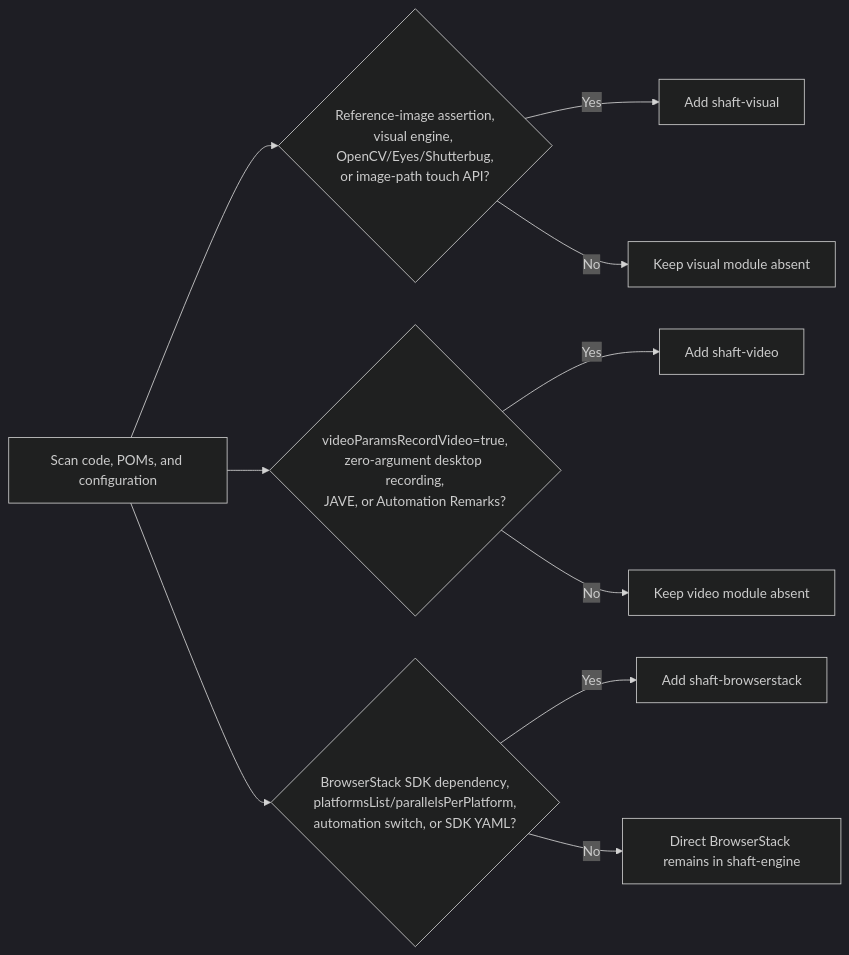
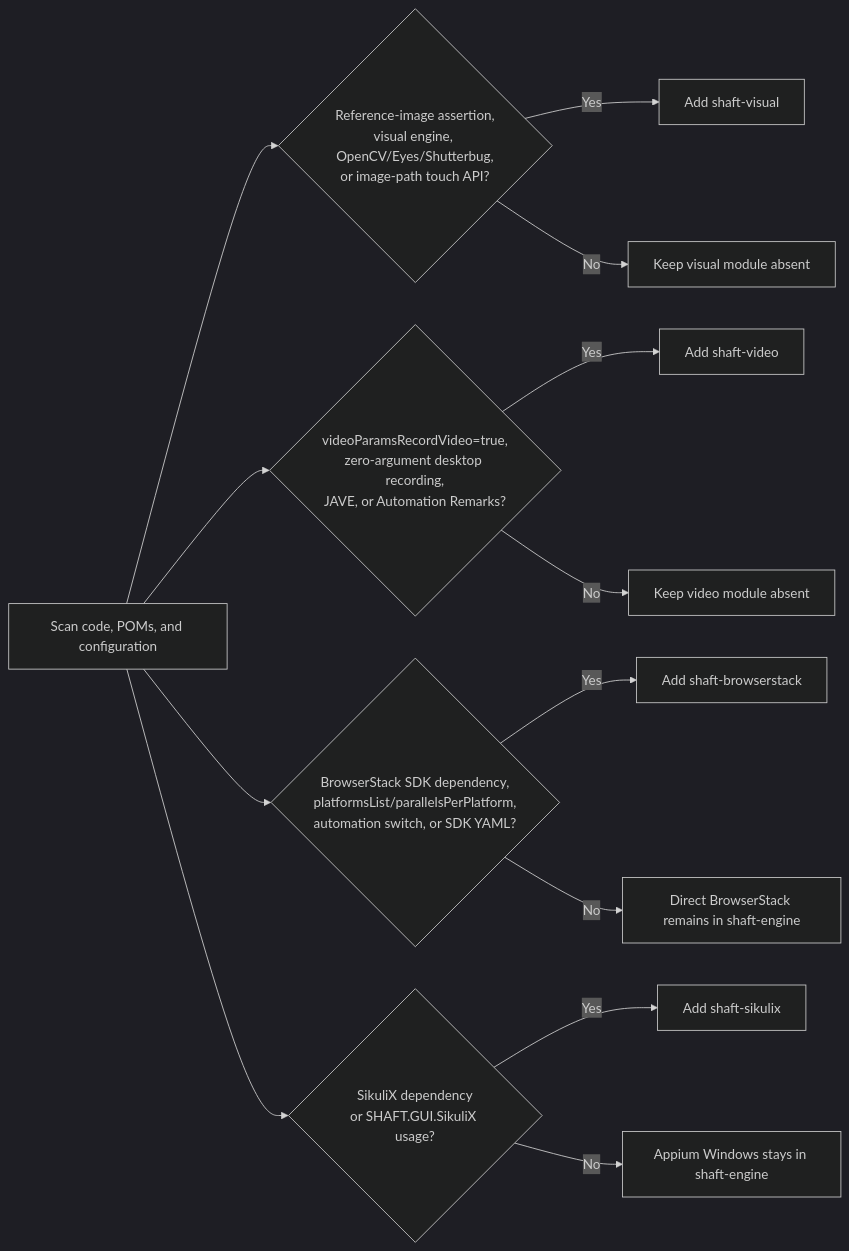
Before and after one commit to ShaftHQ/shafthq.github.io: the second of 4 diagrams in docs/start/upgrade.mdx, drawn with Mermaid (dark theme). The commit also changed other lines of this file and 9 other files, not shown here.

````diff
--- a/docs/start/upgrade.mdx
+++ b/docs/start/upgrade.mdx
@@ -255,13 +256,16 @@
 ```mermaid
 flowchart LR
     Scan["Scan code, POMs, and configuration"] --> Visual{"Reference-image assertion,<br/>visual engine, OpenCV/Eyes/Shutterbug,<br/>or image-path touch API?"}
     Scan --> Video{"videoParamsRecordVideo=true,<br/>zero-argument desktop recording,<br/>JAVE, or Automation Remarks?"}
     Scan --> BrowserStack{"BrowserStack SDK dependency,<br/>platformsList/parallelsPerPlatform,<br/>automation switch, or SDK YAML?"}
+    Scan --> SikuliX{"SikuliX dependency<br/>or SHAFT.GUI.SikuliX usage?"}
 
     Visual -- Yes --> AddVisual["Add shaft-visual"]
     Visual -- No --> CoreVisual["Keep visual module absent"]
     Video -- Yes --> AddVideo["Add shaft-video"]
     Video -- No --> CoreVideo["Keep video module absent"]
     BrowserStack -- Yes --> AddBrowserStack["Add shaft-browserstack"]
     BrowserStack -- No --> Direct["Direct BrowserStack remains in shaft-engine"]
+    SikuliX -- Yes --> AddSikuliX["Add shaft-sikulix"]
+    SikuliX -- No --> CoreDesktop["Appium Windows stays in shaft-engine"]
 ```
````
